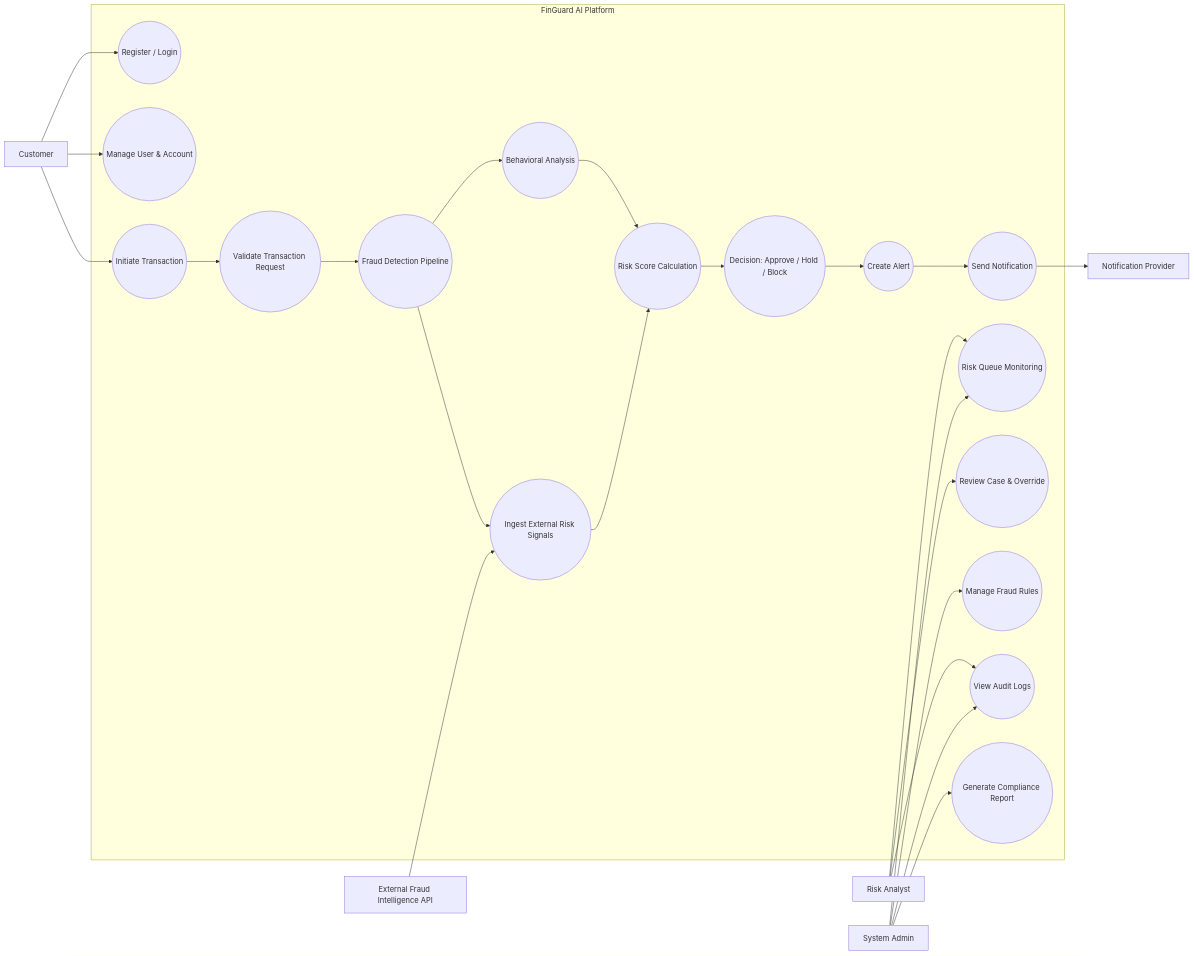
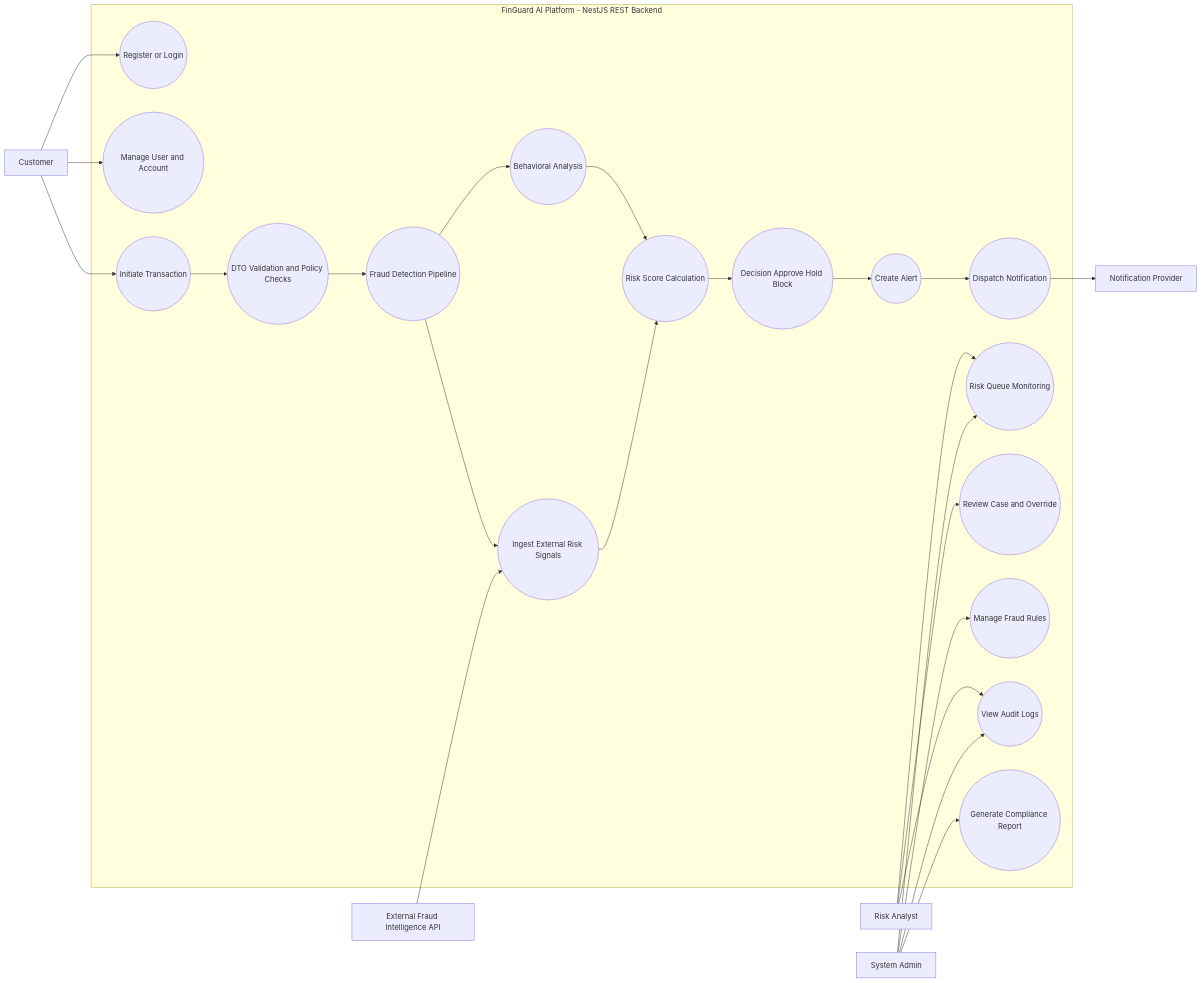
One commit to biru-codeastromer/FinGuard-AI changed the diagram in useCaseDiagram.md. Above: the diagram before and after it, drawn with Mermaid. The commit also changed other lines of this file and 4 other files, not shown here.

Commit message:
docs(milestone1): align architecture docs with NestJS TypeScript stack

````diff
--- a/useCaseDiagram.md
+++ b/useCaseDiagram.md
@@ -25,61 +31,54 @@
 ```mermaid
 flowchart LR
-    %% Actors
     C[Customer]
     RA[Risk Analyst]
     SA[System Admin]
     NP[Notification Provider]
     EFI[External Fraud Intelligence API]
 
-    %% System boundary
-    subgraph FG[FinGuard AI Platform]
-        UC1((Register / Login))
-        UC2((Manage User & Account))
+    subgraph FG[FinGuard AI Platform - NestJS REST Backend]
+        UC1((Register or Login))
+        UC2((Manage User and Account))
         UC3((Initiate Transaction))
-        UC4((Validate Transaction Request))
+        UC4((DTO Validation and Policy Checks))
         UC5((Fraud Detection Pipeline))
         UC6((Behavioral Analysis))
         UC7((Risk Score Calculation))
-        UC8((Decision: Approve / Hold / Block))
+        UC8((Decision Approve Hold Block))
         UC9((Create Alert))
-        UC10((Send Notification))
+        UC10((Dispatch Notification))
         UC11((Risk Queue Monitoring))
-        UC12((Review Case & Override))
+        UC12((Review Case and Override))
         UC13((Manage Fraud Rules))
         UC14((View Audit Logs))
         UC15((Generate Compliance Report))
         UC16((Ingest External Risk Signals))
     end
 
-    %% Customer interactions
     C --> UC1
     C --> UC2
     C --> UC3
 
-    %% Transaction processing includes
     UC3 --> UC4
     UC4 --> UC5
     UC5 --> UC6
     UC5 --> UC16
     UC6 --> UC7
     UC16 --> UC7
     UC7 --> UC8
 
-    %% Alerting
     UC8 --> UC9
     UC9 --> UC10
     UC10 --> NP
 
-    %% Analyst/Admin interactions
     RA --> UC11
     RA --> UC12
     RA --> UC14
 
     SA --> UC11
     SA --> UC13
     SA --> UC14
     SA --> UC15
 
-    %% External signal source
     EFI --> UC16
 ```
````
